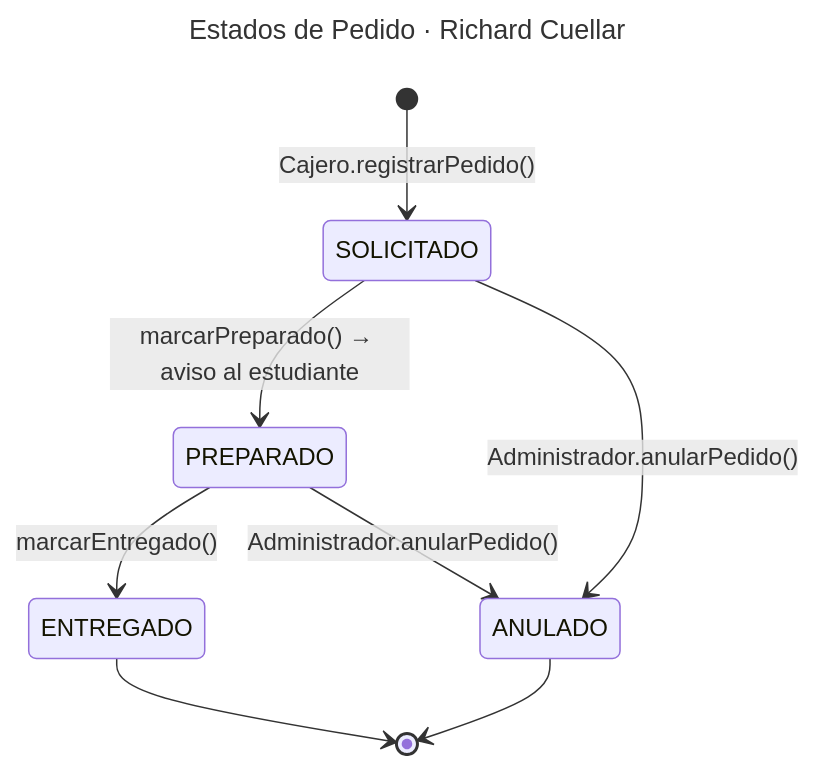
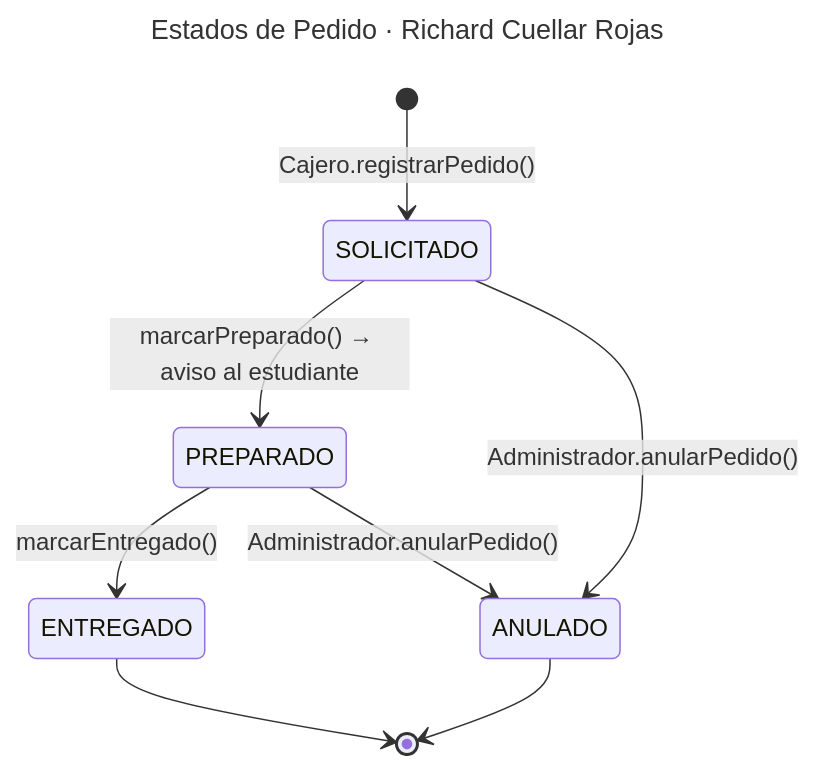
The second of 2 diagrams in Carpeta Integradora/diagrama.md (russointelectual-crypto/expediente-arq-cuellar), drawn with Mermaid before and after one commit. The commit also changed other lines of this file and 4 other files, not shown here.

````diff
--- a/Carpeta Integradora/diagrama.md
+++ b/Carpeta Integradora/diagrama.md
@@ -158,13 +151,13 @@
 ```mermaid
 ---
-title: "Estados de Pedido · Richard Cuellar"
+title: "Estados de Pedido · Richard Cuellar Rojas"
 ---
 stateDiagram-v2
     [*] --> SOLICITADO : Cajero.registrarPedido()
     SOLICITADO --> PREPARADO : marcarPreparado() → aviso al estudiante
     PREPARADO --> ENTREGADO : marcarEntregado()
     SOLICITADO --> ANULADO : Administrador.anularPedido()
     PREPARADO --> ANULADO : Administrador.anularPedido()
     ENTREGADO --> [*]
     ANULADO --> [*]
 ```
````
